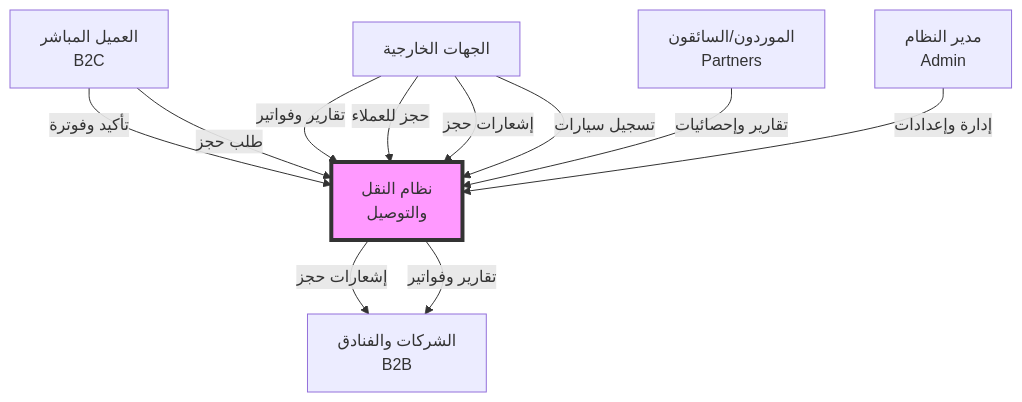
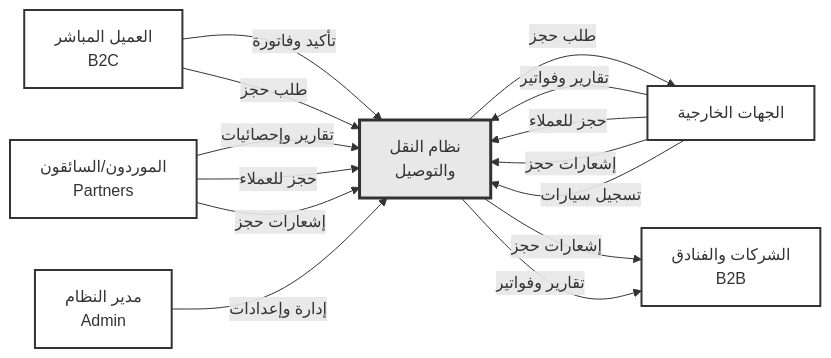
The first of 10 diagrams in diagrams.md (Rasheed1506993/B2C_B2B), drawn with Mermaid before and after one commit. The commit also changed other lines of this file, not shown here.

````diff
--- a/diagrams.md
+++ b/diagrams.md
@@ -7,25 +7,34 @@
 ```mermaid
-graph TB
+flowchart LR
     B2C[العميل المباشر<br/>B2C]
     B2B[الشركات والفنادق<br/>B2B]
     Partners[الموردون/السائقون<br/>Partners]
     Admin[مدير النظام<br/>Admin]
-    TDS[نظام النقل<br/>والتوصيل]
+    System[نظام النقل<br/>والتوصيل]
     External[الجهات الخارجية]
+    
+    B2C -->|تأكيد وفاتورة| System
+    B2C -->|طلب حجز| System
+    
+    System -->|طلب حجز| External
+    External -->|تقارير وفواتير| System
+    External -->|حجز للعملاء| System
+    External -->|إشعارات حجز| System
+    External -->|تسجيل سيارات| System
+    
+    Partners -->|تقارير وإحصائيات| System
+    Partners -->|حجز للعملاء| System
+    Partners -->|إشعارات حجز| System
+    
+    Admin -->|إدارة وإعدادات| System
+    
+    System -->|إشعارات حجز| B2B
+    System -->|تقارير وفواتير| B2B
 
-    B2C -->|تأكيد وفوترة| TDS
-    B2C -->|طلب حجز| TDS
-    
-    External -->|تقارير وفواتير| TDS
-    External -->|حجز للعملاء| TDS
-    External -->|إشعارات حجز| TDS
-    External -->|تسجيل سيارات| TDS
-    
-    Partners -->|تقارير وإحصائيات| TDS
-    Admin -->|إدارة وإعدادات| TDS
-    
-    TDS -->|إشعارات حجز| B2B
-    TDS -->|تقارير وفواتير| B2B
-
-    style TDS fill:#f9f,stroke:#333,stroke-width:4px
+    style System fill:#e8e8e8,stroke:#333,stroke-width:3px
+    style B2C fill:#fff,stroke:#333,stroke-width:2px
+    style B2B fill:#fff,stroke:#333,stroke-width:2px
+    style Partners fill:#fff,stroke:#333,stroke-width:2px
+    style Admin fill:#fff,stroke:#333,stroke-width:2px
+    style External fill:#fff,stroke:#333,stroke-width:2px
 ```
````
